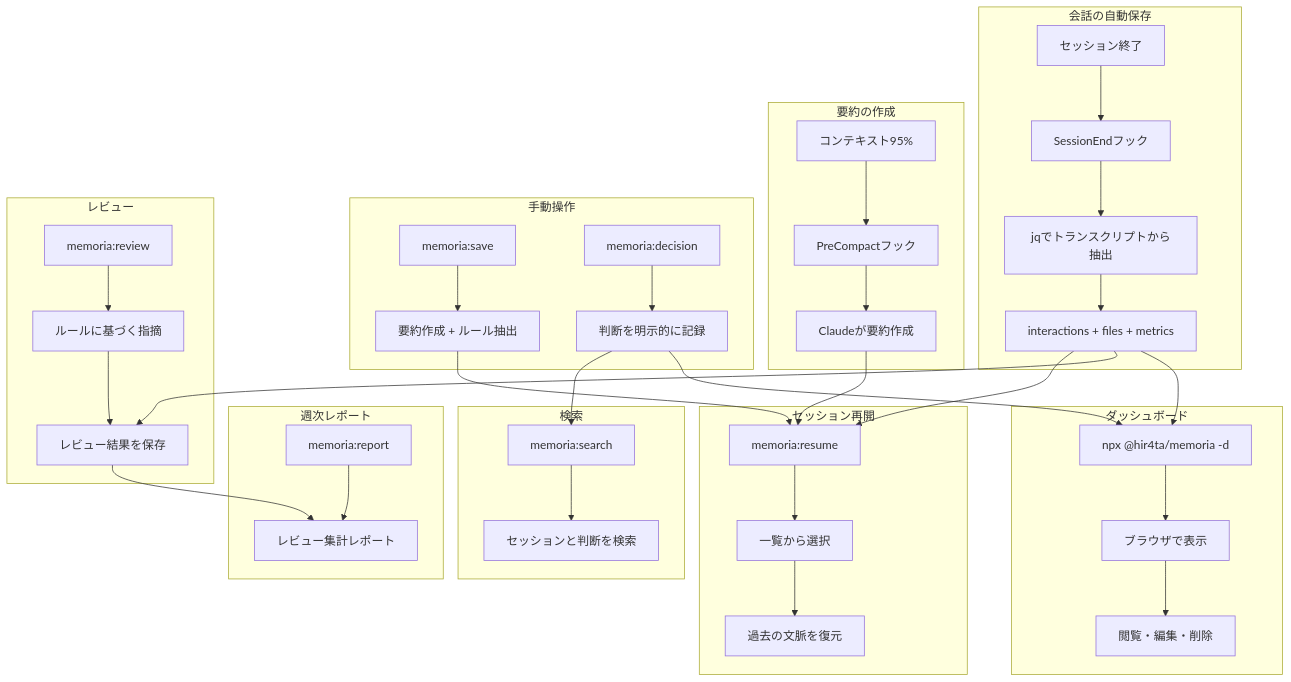
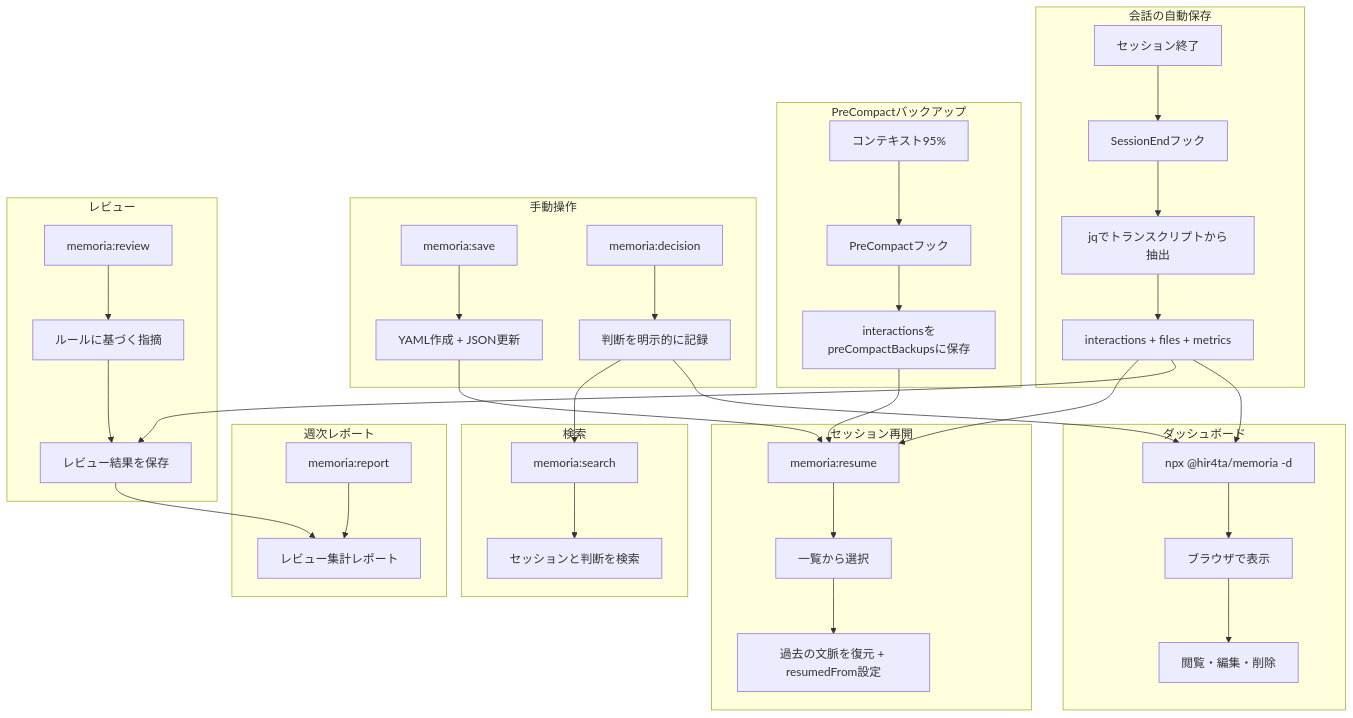
The diagram in README.ja.md (hir4ta/memoria), drawn with Mermaid before and after one commit. The commit also changed other lines of this file and 30 other files, not shown here.

````diff
--- a/README.ja.md
+++ b/README.ja.md
@@ -165,50 +188,50 @@
 ```mermaid
 flowchart TB
     subgraph autosave [会話の自動保存]
         A[セッション終了] --> B[SessionEndフック]
         B --> C[jqでトランスクリプトから抽出]
         C --> D[interactions + files + metrics]
     end
 
-    subgraph summary [要約の作成]
+    subgraph backup [PreCompactバックアップ]
         E[コンテキスト95%] --> F[PreCompactフック]
-        F --> G[Claudeが要約作成]
+        F --> G[interactionsをpreCompactBackupsに保存]
     end
 
     subgraph manual [手動操作]
-        H["memoria:save"] --> I[要約作成 + ルール抽出]
+        H["memoria:save"] --> I[YAML作成 + JSON更新]
         J["memoria:decision"] --> K[判断を明示的に記録]
     end
 
     subgraph resume [セッション再開]
         L["memoria:resume"] --> M[一覧から選択]
-        M --> N[過去の文脈を復元]
+        M --> N[過去の文脈を復元 + resumedFrom設定]
     end
 
     subgraph search [検索]
         O["memoria:search"] --> P[セッションと判断を検索]
     end
 
     subgraph review [レビュー]
         Q["memoria:review"] --> R[ルールに基づく指摘]
         R --> S[レビュー結果を保存]
     end
 
     subgraph report [週次レポート]
         T["memoria:report"] --> U[レビュー集計レポート]
     end
 
     subgraph dashboard [ダッシュボード]
         V["npx @hir4ta/memoria -d"] --> W[ブラウザで表示]
         W --> X[閲覧・編集・削除]
     end
 
     D --> L
     G --> L
     I --> L
     K --> O
     D --> S
     S --> U
     D --> V
     K --> V
 ```
````
